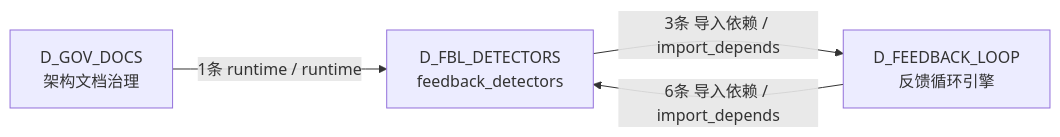
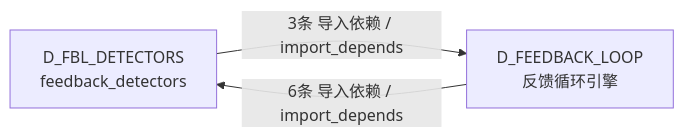
Before and after one commit to xuanFelixVan/ZephyrAlpha: the sixth of 6 diagrams in docs/02_enterprise_architecture/02_domain_architecture_docs/11_d_fbl_detectors.md, drawn with Mermaid. The commit also changed other lines of this file and 102 other files, not shown here.

````diff
--- a/docs/02_enterprise_architecture/02_domain_architecture_docs/11_d_fbl_detectors.md
+++ b/docs/02_enterprise_architecture/02_domain_architecture_docs/11_d_fbl_detectors.md
@@ -397,9 +390,7 @@
 ```mermaid
 graph LR
     D_FBL_DETECTORS["D_FBL_DETECTORS<br/>feedback_detectors"]
     D_FEEDBACK_LOOP["D_FEEDBACK_LOOP<br/>反馈循环引擎"]
-    D_GOV_DOCS["D_GOV_DOCS<br/>架构文档治理"]
     D_FBL_DETECTORS -->|3条 导入依赖 / import_depends| D_FEEDBACK_LOOP
     D_FEEDBACK_LOOP -->|6条 导入依赖 / import_depends| D_FBL_DETECTORS
-    D_GOV_DOCS -->|1条 runtime / runtime| D_FBL_DETECTORS
 ```
````
